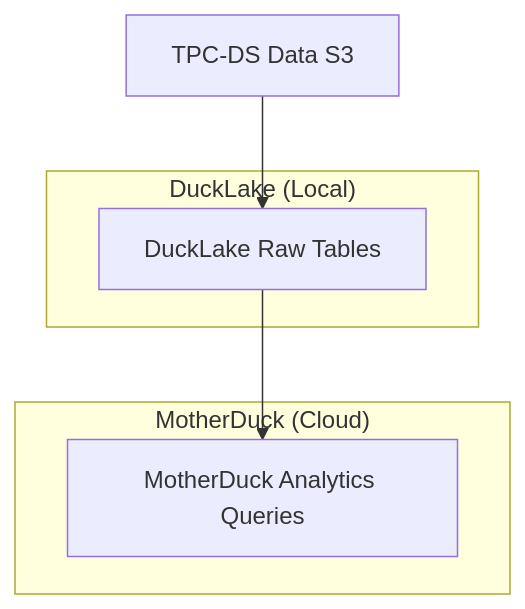
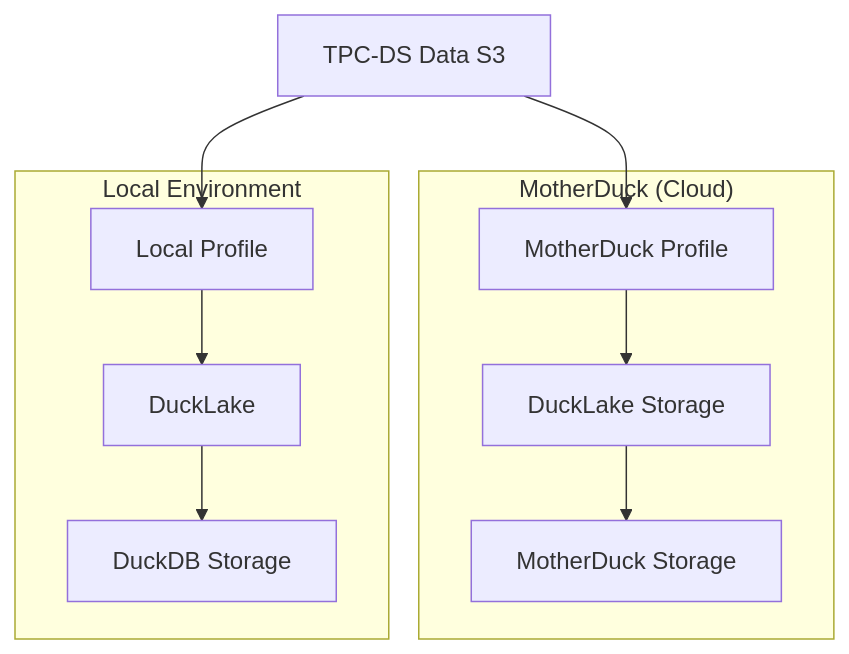
The diagram in dbt-ducklake/README.md (motherduckdb/motherduck-examples), drawn with Mermaid before and after one commit.

Commit message:
fix dataflow

````diff
--- a/dbt-ducklake/README.md
+++ b/dbt-ducklake/README.md
@@ -56,13 +56,15 @@
 ```mermaid
 graph TB
-    A[TPC-DS Data S3] --> B[DuckLake Raw Tables]
-    B --> C[MotherDuck Analytics Queries]
+    A[TPC-DS Data S3] --> B[MotherDuck Profile]
+    A --> C[Local Profile]
     
-    subgraph "DuckLake (Local)"
-        B
+    subgraph "MotherDuck (Cloud)"
+        B --> D[DuckLake Storage]
+        D --> E[MotherDuck Storage]
     end
     
-    subgraph "MotherDuck (Cloud)"
-        C
+    subgraph "Local Environment"
+        C --> F[DuckLake]
+        F --> G[DuckDB Storage]
     end
 ```
````
